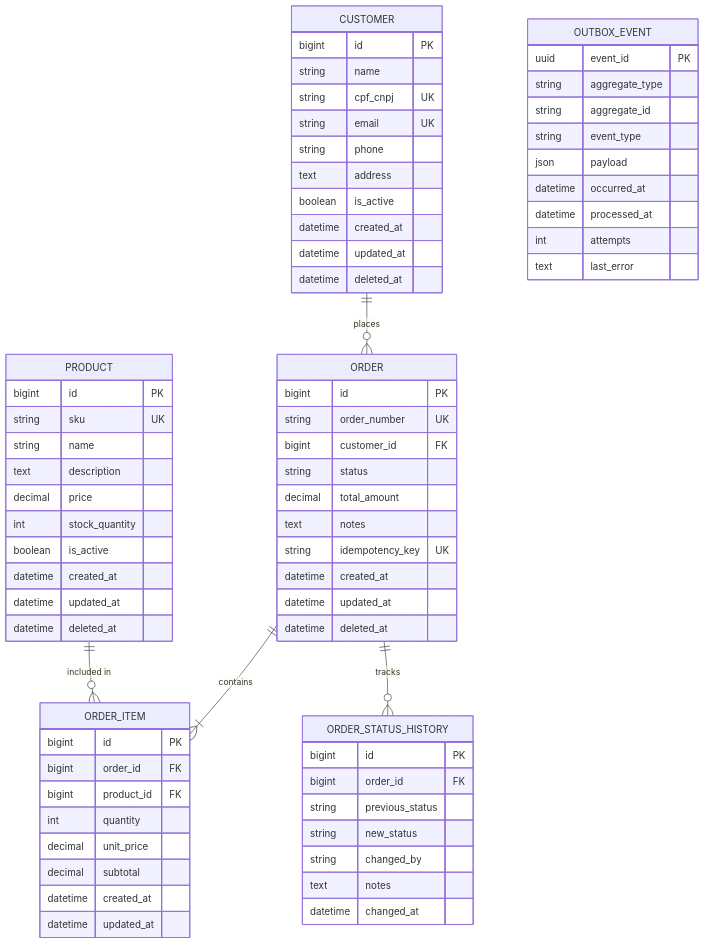
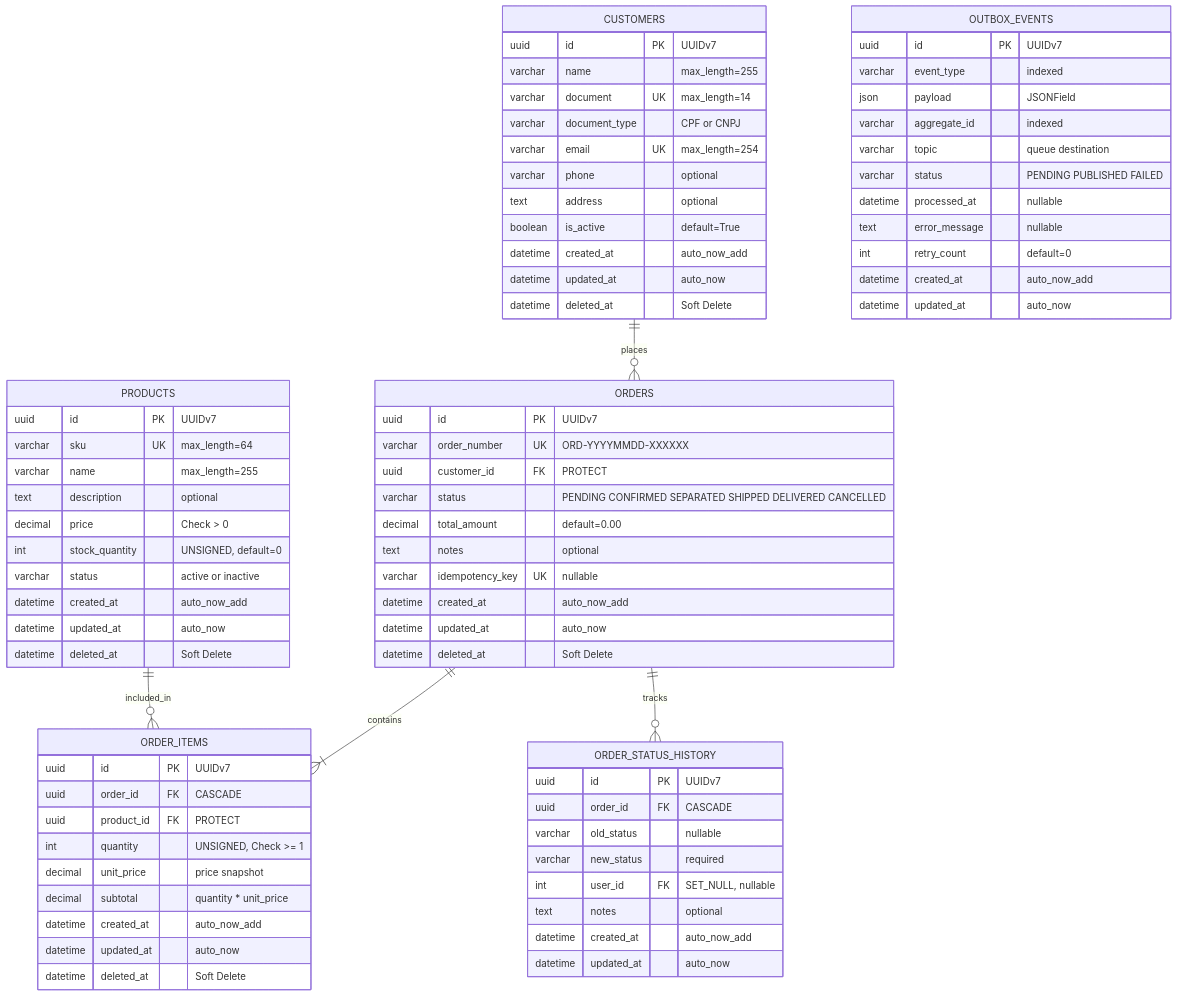
Before and after one commit to Lucasantunesribeiro/sistema_erp_modulo_de_gestao_de_pedidos: the fourth of 6 diagrams in ARCHITECTURE.md, drawn with Mermaid. The commit also changed other lines of this file and 2 other files, not shown here.

Commit message:
docs: add er diagram and finalize initial migrations

````diff
--- a/ARCHITECTURE.md
+++ b/ARCHITECTURE.md
@@ -118,79 +120,84 @@
 ```mermaid
 erDiagram
-    CUSTOMER ||--o{ ORDER : places
-    ORDER ||--|{ ORDER_ITEM : contains
-    PRODUCT ||--o{ ORDER_ITEM : "included in"
-    ORDER ||--o{ ORDER_STATUS_HISTORY : tracks
-    
-    CUSTOMER {
-        bigint id PK
-        string name
-        string cpf_cnpj UK
-        string email UK
-        string phone
-        text address
-        boolean is_active
-        datetime created_at
-        datetime updated_at
-        datetime deleted_at
+    CUSTOMERS ||--o{ ORDERS : "places"
+    PRODUCTS ||--o{ ORDER_ITEMS : "included_in"
+    ORDERS ||--|{ ORDER_ITEMS : "contains"
+    ORDERS ||--o{ ORDER_STATUS_HISTORY : "tracks"
+
+    CUSTOMERS {
+        uuid id PK "UUIDv7"
+        varchar name "max_length=255"
+        varchar document UK "max_length=14"
+        varchar document_type "CPF or CNPJ"
+        varchar email UK "max_length=254"
+        varchar phone "optional"
+        text address "optional"
+        boolean is_active "default=True"
+        datetime created_at "auto_now_add"
+        datetime updated_at "auto_now"
+        datetime deleted_at "Soft Delete"
     }
-    
-    PRODUCT {
-        bigint id PK
-        string sku UK
-        string name
-        text description
-        decimal price
-        int stock_quantity
-        boolean is_active
-        datetime created_at
-        datetime updated_at
-        datetime deleted_at
+
+    PRODUCTS {
+        uuid id PK "UUIDv7"
+        varchar sku UK "max_length=64"
+        varchar name "max_length=255"
+        text description "optional"
+        decimal price "Check > 0"
+        int stock_quantity "UNSIGNED, default=0"
+        varchar status "active or inactive"
+        datetime created_at "auto_now_add"
+        datetime updated_at "auto_now"
+        datetime deleted_at "Soft Delete"
     }
-    
-    ORDER {
-        bigint id PK
-        string order_number UK
-        bigint customer_id FK
-        string status
-        decimal total_amount
-        text notes
-        string idempotency_key UK
-        datetime created_at
-        datetime updated_at
-        datetime deleted_at
+
+    ORDERS {
+        uuid id PK "UUIDv7"
+        varchar order_number UK "ORD-YYYYMMDD-XXXXXX"
+        uuid customer_id FK "PROTECT"
+        varchar status "PENDING CONFIRMED SEPARATED SHIPPED DELIVERED CANCELLED"
+        decimal total_amount "default=0.00"
+        text notes "optional"
+        varchar idempotency_key UK "nullable"
+        datetime created_at "auto_now_add"
+        datetime updated_at "auto_now"
+        datetime deleted_at "Soft Delete"
     }
-    
-    ORDER_ITEM {
-        bigint id PK
-        bigint order_id FK
-        bigint product_id FK
-        int quantity
-        decimal unit_price
-        decimal subtotal
-        datetime created_at
-        datetime updated_at
+
+    ORDER_ITEMS {
+        uuid id PK "UUIDv7"
+        uuid order_id FK "CASCADE"
+        uuid product_id FK "PROTECT"
+        int quantity "UNSIGNED, Check >= 1"
+        decimal unit_price "price snapshot"
+        decimal subtotal "quantity * unit_price"
+        datetime created_at "auto_now_add"
+        datetime updated_at "auto_now"
+        datetime deleted_at "Soft Delete"
     }
-    
+
     ORDER_STATUS_HISTORY {
-        bigint id PK
-        bigint order_id FK
-        string previous_status
-        string new_status
-        string changed_by
-        text notes
-        datetime changed_at
+        uuid id PK "UUIDv7"
+        uuid order_id FK "CASCADE"
+        varchar old_status "nullable"
+        varchar new_status "required"
+        int user_id FK "SET_NULL, nullable"
+        text notes "optional"
+        datetime created_at "auto_now_add"
+        datetime updated_at "auto_now"
     }
-    
-    OUTBOX_EVENT {
-        uuid event_id PK
-        string aggregate_type
-        string aggregate_id
-        string event_type
-        json payload
-        datetime occurred_at
-        datetime processed_at
-        int attempts
-        text last_error
+
+    OUTBOX_EVENTS {
+        uuid id PK "UUIDv7"
+        varchar event_type "indexed"
+        json payload "JSONField"
+        varchar aggregate_id "indexed"
+        varchar topic "queue destination"
+        varchar status "PENDING PUBLISHED FAILED"
+        datetime processed_at "nullable"
+        text error_message "nullable"
+        int retry_count "default=0"
+        datetime created_at "auto_now_add"
+        datetime updated_at "auto_now"
     }
 ```
````
